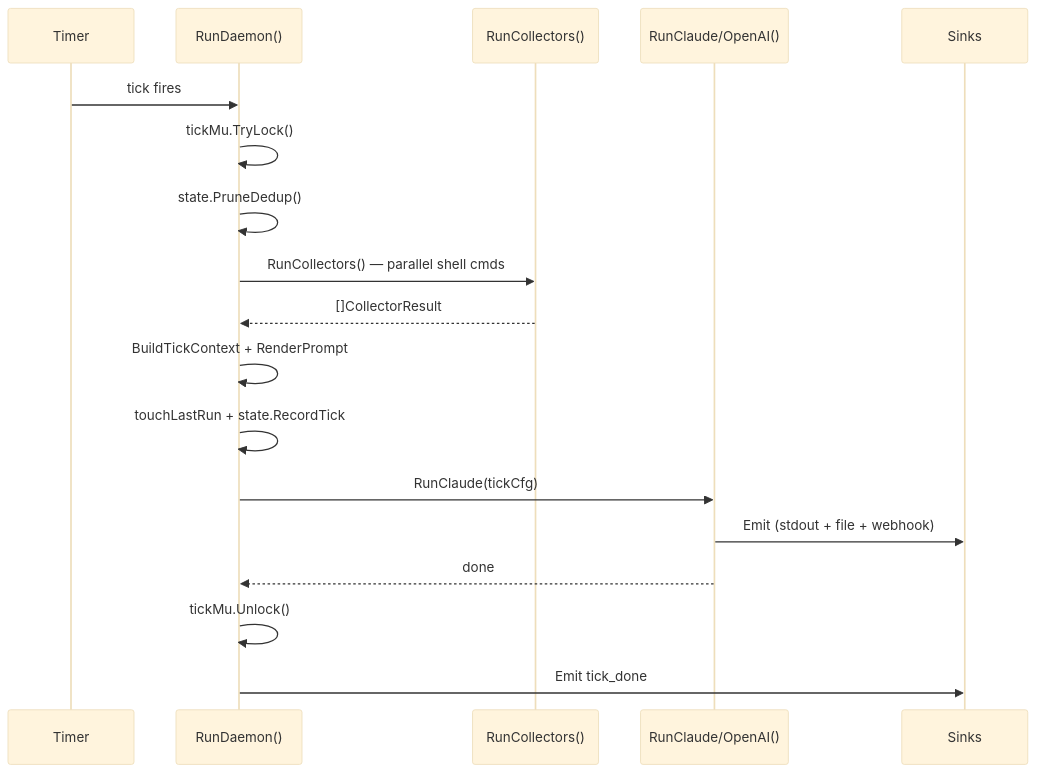
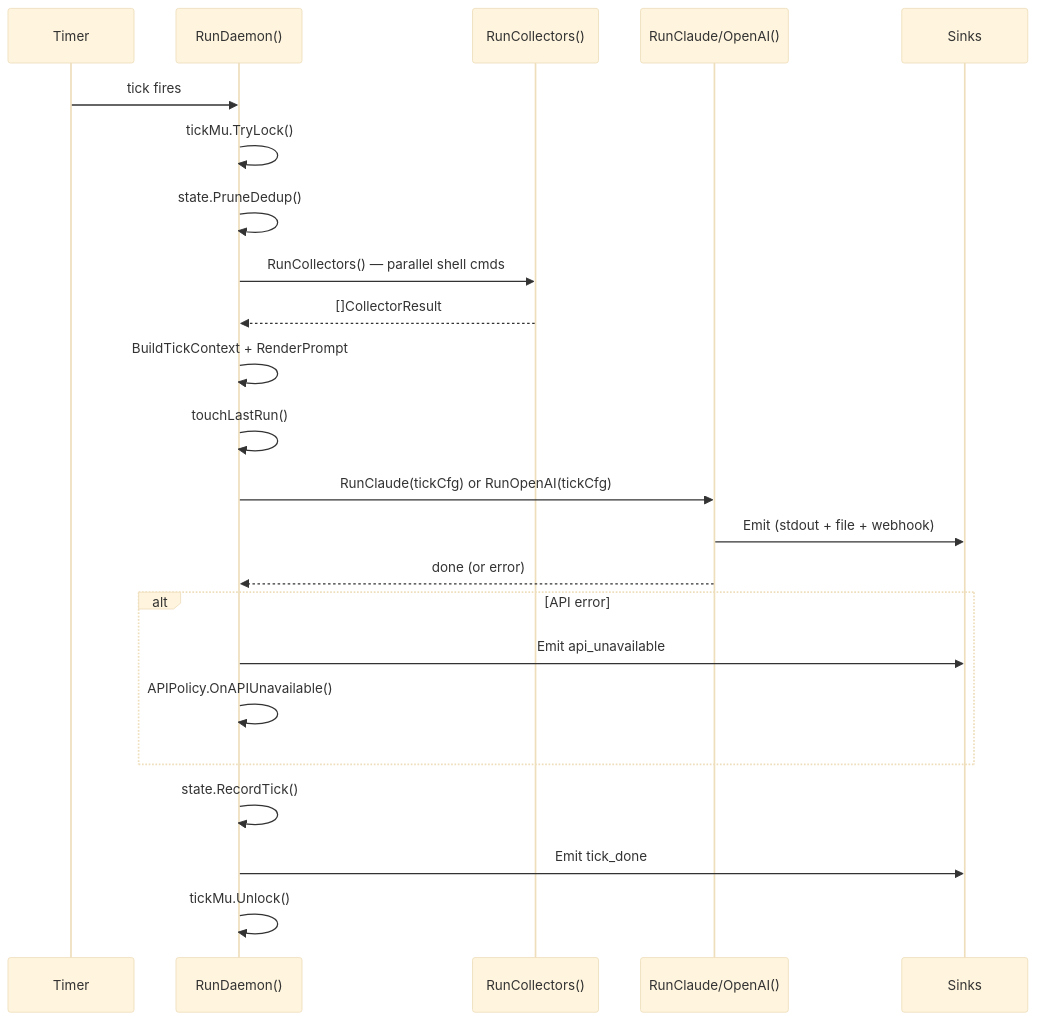
Before and after one commit to mrbrutti/okesu: diagram 16 of 17 in docs/architecture.md, drawn with Mermaid (base theme). The commit also changed other lines of this file and 18 other files, not shown here.

````diff
--- a/docs/architecture.md
+++ b/docs/architecture.md
@@ -909,21 +1026,26 @@
 ```mermaid
 sequenceDiagram
     participant Timer
     participant Daemon as RunDaemon()
     participant Collectors as RunCollectors()
     participant Runner as RunClaude/OpenAI()
     participant Sinks
 
     Timer->>Daemon: tick fires
     Daemon->>Daemon: tickMu.TryLock()
     Daemon->>Daemon: state.PruneDedup()
     Daemon->>Collectors: RunCollectors() — parallel shell cmds
     Collectors-->>Daemon: []CollectorResult
     Daemon->>Daemon: BuildTickContext + RenderPrompt
-    Daemon->>Daemon: touchLastRun + state.RecordTick
-    Daemon->>Runner: RunClaude(tickCfg)
+    Daemon->>Daemon: touchLastRun()
+    Daemon->>Runner: RunClaude(tickCfg) or RunOpenAI(tickCfg)
     Runner->>Sinks: Emit (stdout + file + webhook)
-    Runner-->>Daemon: done
+    Runner-->>Daemon: done (or error)
+    alt API error
+        Daemon->>Sinks: Emit api_unavailable
+        Daemon->>Daemon: APIPolicy.OnAPIUnavailable()
+    end
+    Daemon->>Daemon: state.RecordTick()
+    Daemon->>Sinks: Emit tick_done
     Daemon->>Daemon: tickMu.Unlock()
-    Daemon->>Sinks: Emit tick_done
 ```
````
